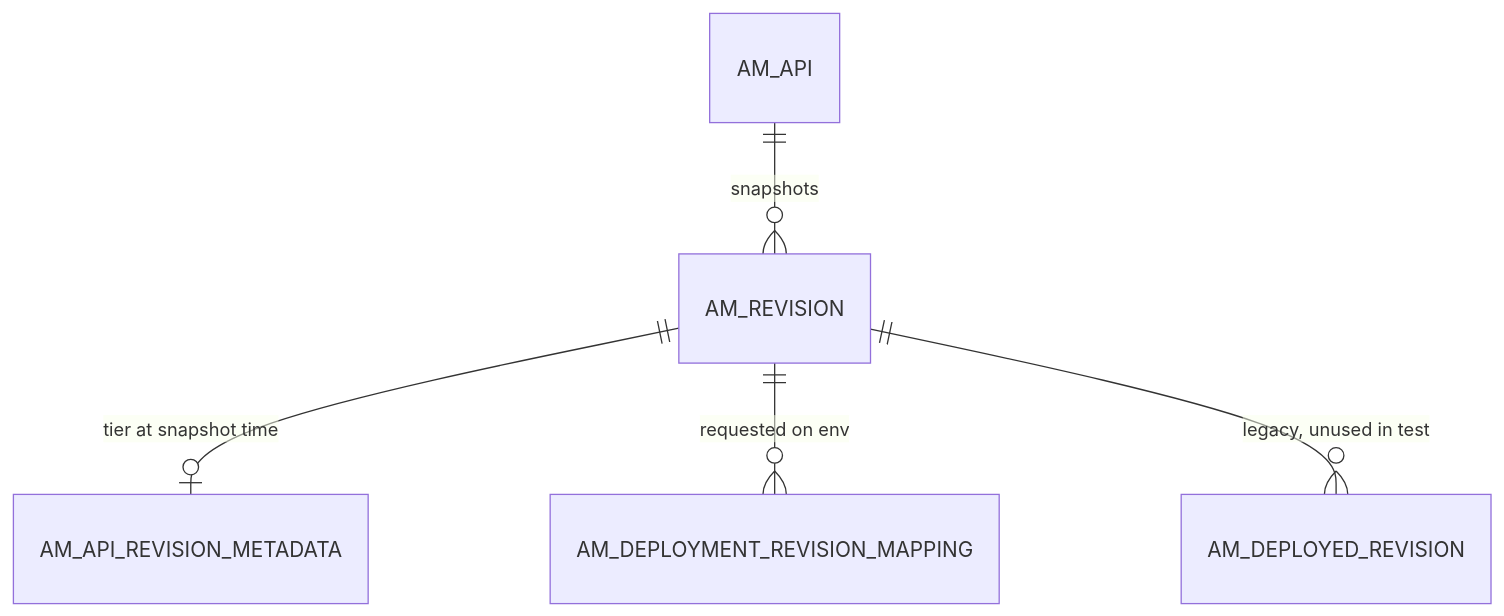
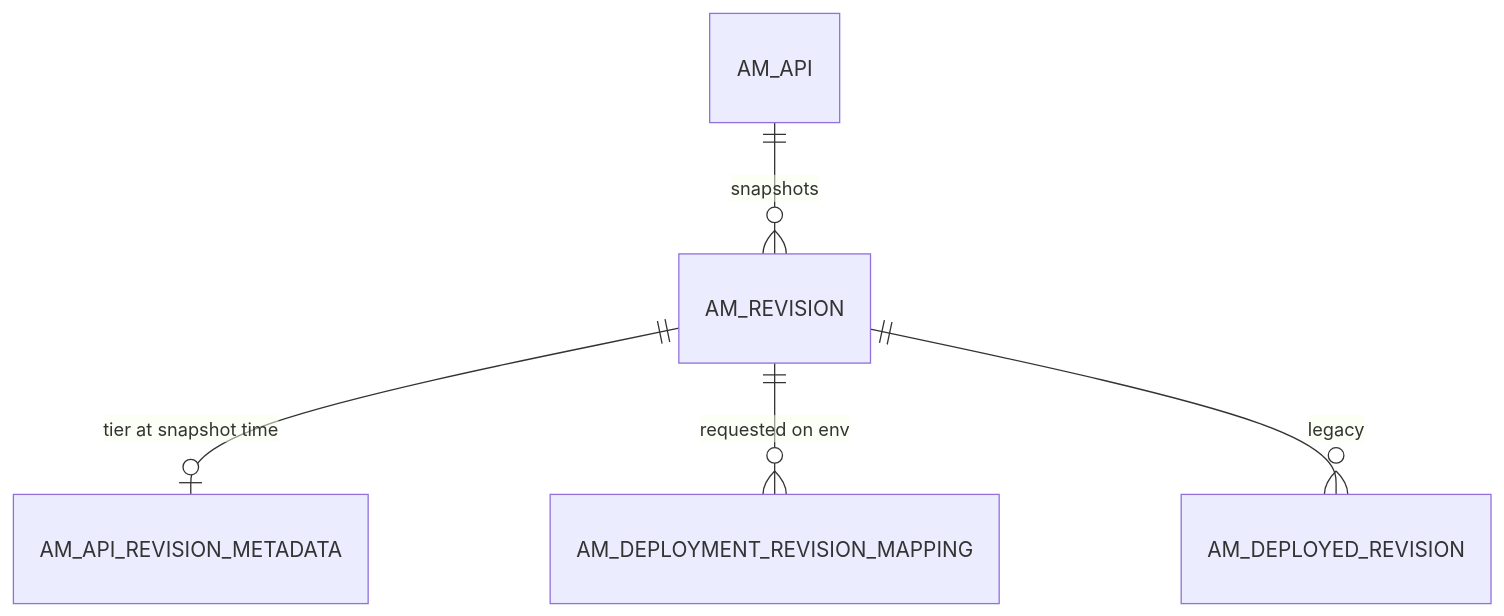
One commit to SaviNimz/apim-db-docs changed the first of 3 diagrams in docs/apim-4/domains/revisions-deployment.md. Above: the diagram before and after it, drawn with Mermaid. The commit also changed other lines of this file and 80 other files, not shown here.

````diff
--- a/docs/apim-4/domains/revisions-deployment.md
+++ b/docs/apim-4/domains/revisions-deployment.md
@@ -30,7 +22,7 @@
 ```mermaid
 erDiagram
     AM_API ||--o{ AM_REVISION : "snapshots"
     AM_REVISION ||--o| AM_API_REVISION_METADATA : "tier at snapshot time"
     AM_REVISION ||--o{ AM_DEPLOYMENT_REVISION_MAPPING : "requested on env"
-    AM_REVISION ||--o{ AM_DEPLOYED_REVISION : "legacy, unused in test"
+    AM_REVISION ||--o{ AM_DEPLOYED_REVISION : "legacy"
 ```
````
